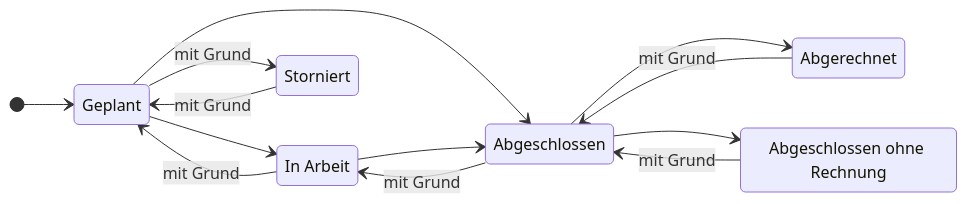
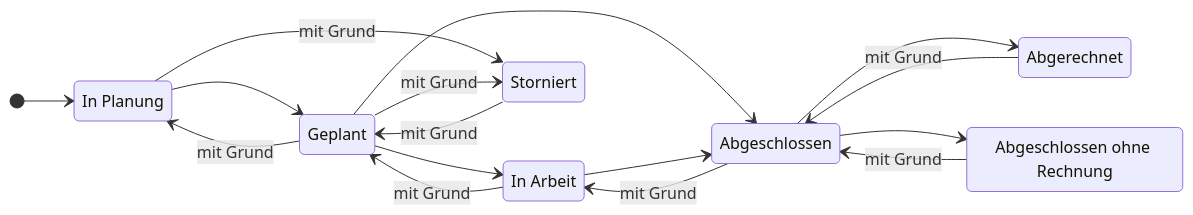
One commit to staubi0815/pgh-wartung changed the third of 4 diagrams in docs/00-ueberblick.md. Above: the diagram before and after it, drawn with Mermaid. The commit also changed other lines of this file and 18 other files, not shown here.

````diff
--- a/docs/00-ueberblick.md
+++ b/docs/00-ueberblick.md
@@ -97,22 +99,26 @@
 ```mermaid
 stateDiagram-v2
     direction LR
+    state "In Planung" as in_planung
     state "Geplant" as geplant
     state "In Arbeit" as aktiv
     state "Abgeschlossen" as abgeschlossen
     state "Abgerechnet" as abgerechnet
     state "Abgeschlossen ohne Rechnung" as kostenlos
     state "Storniert" as storniert
-    [*] --> geplant
+    [*] --> in_planung
+    in_planung --> geplant
+    in_planung --> storniert : mit Grund
     geplant --> aktiv
     geplant --> abgeschlossen
     geplant --> storniert : mit Grund
+    geplant --> in_planung : mit Grund
     aktiv --> abgeschlossen
     aktiv --> geplant : mit Grund
     abgeschlossen --> abgerechnet
     abgeschlossen --> kostenlos
     abgeschlossen --> aktiv : mit Grund
     abgerechnet --> abgeschlossen : mit Grund
     kostenlos --> abgeschlossen : mit Grund
     storniert --> geplant : mit Grund
 ```
````
